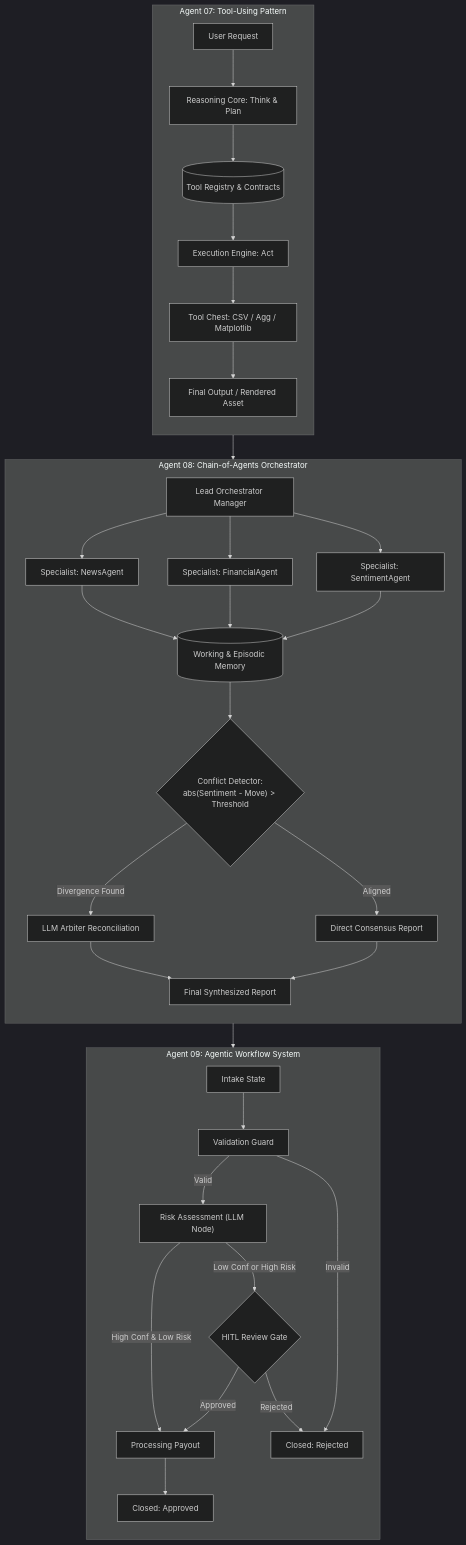
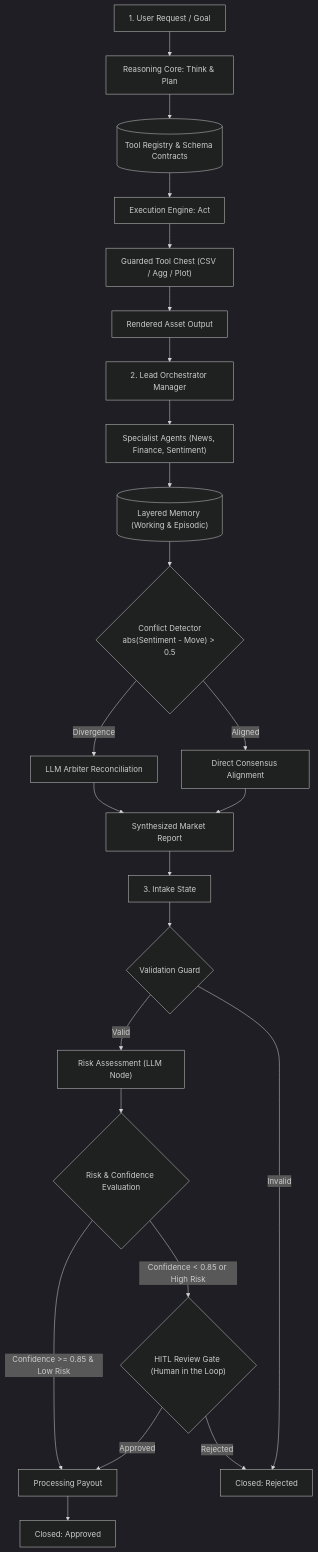
Before and after one commit to OscarTMa/chapter_07_tool_orchestration_agents: the diagram in README.md, drawn with Mermaid (dark theme).

````diff
--- a/README.md
+++ b/README.md
@@ -9,60 +9,65 @@
 ```mermaid
 flowchart TD
-    %% ==========================
-    %% AGENT 07: TOOL-USING PATTERN
-    %% ==========================
-    subgraph S1["Agent 07: Tool-Using Pattern"]
-        direction TB
-        T1["User Request"] --> T2["Reasoning Core: Think & Plan"]
-        T2 --> T3[("Tool Registry & Contracts")]
-        T3 --> T4["Execution Engine: Act"]
-        T4 --> T5["Tool Chest: CSV / Agg / Matplotlib"]
-        T5 --> T6["Final Output / Rendered Asset"]
-    end
+    %% ==========================================
+    %% 1. AGENT 07: THE TOOL-USING AGENT
+    %% ==========================================
+    T1["1. User Request / Goal"]
+    T2["Reasoning Core: Think & Plan"]
+    T3[("Tool Registry & Schema Contracts")]
+    T4["Execution Engine: Act"]
+    T5["Guarded Tool Chest (CSV / Agg / Plot)"]
+    T6["Rendered Asset Output"]
 
-    %% ==========================
-    %% AGENT 08: CHAIN-OF-AGENTS ORCHESTRATOR
-    %% ==========================
-    subgraph S2["Agent 08: Chain-of-Agents Orchestrator"]
-        direction TB
-        O1["Lead Orchestrator Manager"]
-        
-        O1 --> O2["Specialist: NewsAgent"]
-        O1 --> O3["Specialist: FinancialAgent"]
-        O1 --> O4["Specialist: SentimentAgent"]
-        
-        O2 --> O5[("Working & Episodic Memory")]
-        O3 --> O5
-        O4 --> O5
-        
-        O5 --> O6{"Conflict Detector:<br>abs(Sentiment - Move) > Threshold"}
-        
-        O6 -->|Divergence Found| O7["LLM Arbiter Reconciliation"]
-        O6 -->|Aligned| O8["Direct Consensus Report"]
-        
-        O7 --> O9["Final Synthesized Report"]
-        O8 --> O9
-    end
+    T1 --> T2
+    T2 --> T3
+    T3 --> T4
+    T4 --> T5
+    T5 --> T6
 
-    %% ==========================
-    %% AGENT 09: AGENTIC WORKFLOW SYSTEM
-    %% ==========================
-    subgraph S3["Agent 09: Agentic Workflow System"]
-        direction TB
-        W1["Intake State"] --> W2["Validation Guard"]
-        
-        W2 -->|Valid| W3["Risk Assessment (LLM Node)"]
-        W2 -->|Invalid| W7["Closed: Rejected"]
-        
-        W3 -->|High Conf & Low Risk| W5["Processing Payout"]
-        W3 -->|Low Conf or High Risk| W4{"HITL Review Gate"}
-        
-        W4 -->|Approved| W5
-        W4 -->|Rejected| W7
-        
-        W5 --> W6["Closed: Approved"]
-    end
+    %% Conexión vertical hacia el Agente 08
+    T6 --> O1
 
-    %% Flujo vertical entre las tres secciones
-    S1 --> S2 --> S3
+    %% ==========================================
+    %% 2. AGENT 08: CHAIN-OF-AGENTS ORCHESTRATOR
+    %% ==========================================
+    O1["2. Lead Orchestrator Manager"]
+    O2["Specialist Agents (News, Finance, Sentiment)"]
+    O3[("Layered Memory (Working & Episodic)")]
+    O4{"Conflict Detector<br>abs(Sentiment - Move) > 0.5"}
+    O5["LLM Arbiter Reconciliation"]
+    O6["Direct Consensus Alignment"]
+    O7["Synthesized Market Report"]
+
+    O1 --> O2
+    O2 --> O3
+    O3 --> O4
+    O4 -->|Divergence| O5
+    O4 -->|Aligned| O6
+    O5 --> O7
+    O6 --> O7
+
+    %% Conexión vertical hacia el Agente 09
+    O7 --> W1
+
+    %% ==========================================
+    %% 3. AGENT 09: THE AGENTIC WORKFLOW SYSTEM
+    %% ==========================================
+    W1["3. Intake State"]
+    W2{"Validation Guard"}
+    W3["Risk Assessment (LLM Node)"]
+    W4{"Risk & Confidence Evaluation"}
+    W5{"HITL Review Gate (Human in the Loop)"}
+    W6["Processing Payout"]
+    W7["Closed: Approved"]
+    W8["Closed: Rejected"]
+
+    W1 --> W2
+    W2 -->|Valid| W3
+    W2 -->|Invalid| W8
+    W3 --> W4
+    W4 -->|Confidence >= 0.85 & Low Risk| W6
+    W4 -->|Confidence < 0.85 or High Risk| W5
+    W5 -->|Approved| W6
+    W5 -->|Rejected| W8
+    W6 --> W7
 ```
````
